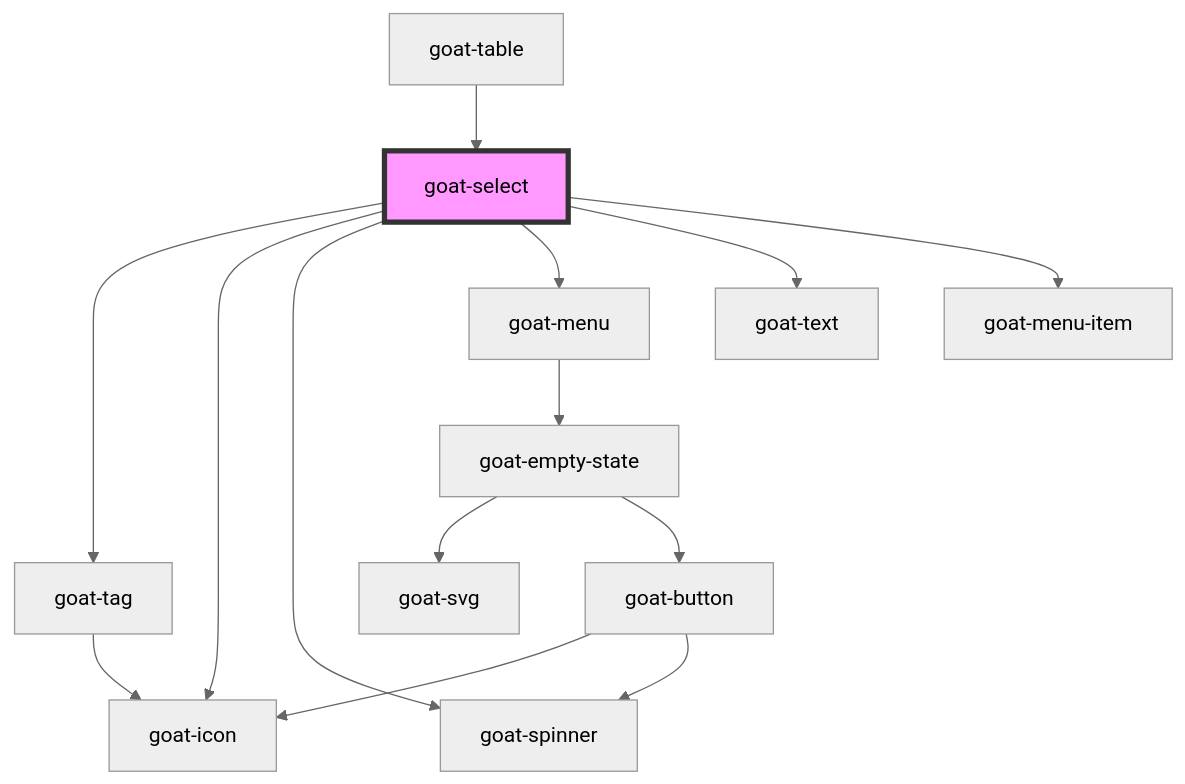
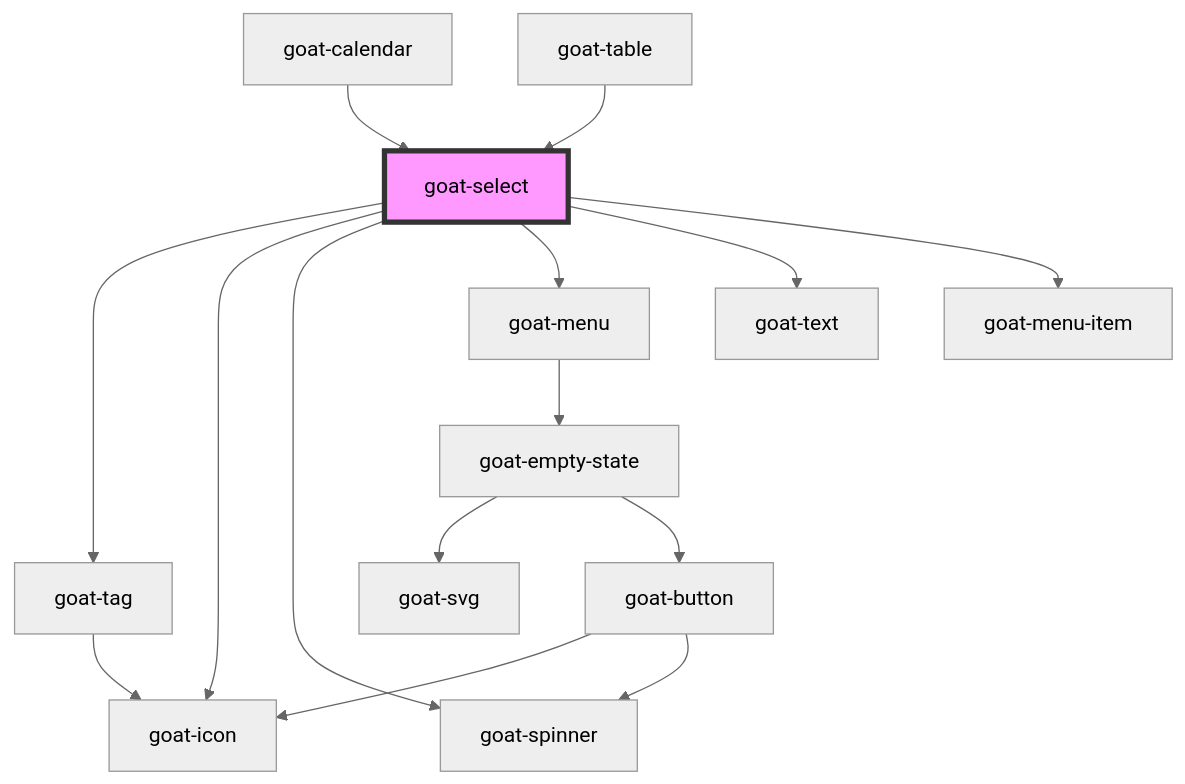
Before and after one commit to goatui/components: the diagram in src/components/form/select/readme.md, drawn with Mermaid (neutral theme). The commit also changed other lines of this file and 20 other files, not shown here.

````diff
--- a/src/components/form/select/readme.md
+++ b/src/components/form/select/readme.md
@@ -91,17 +92,18 @@
 ```mermaid
 graph TD;
   goat-select --> goat-tag
   goat-select --> goat-icon
   goat-select --> goat-spinner
   goat-select --> goat-menu
   goat-select --> goat-text
   goat-select --> goat-menu-item
   goat-tag --> goat-icon
   goat-menu --> goat-empty-state
   goat-empty-state --> goat-svg
   goat-empty-state --> goat-button
   goat-button --> goat-icon
   goat-button --> goat-spinner
+  goat-calendar --> goat-select
   goat-table --> goat-select
   style goat-select fill:#f9f,stroke:#333,stroke-width:4px
 ```
````
